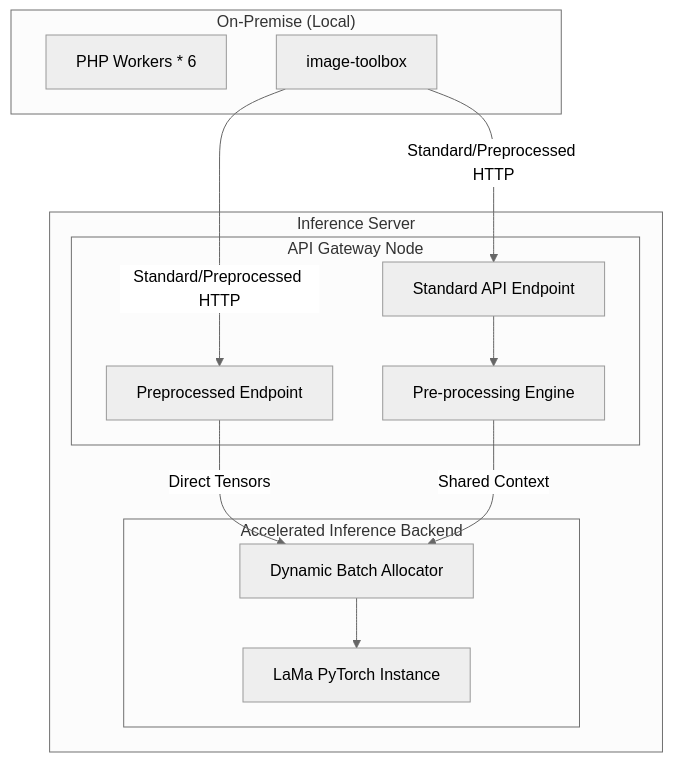
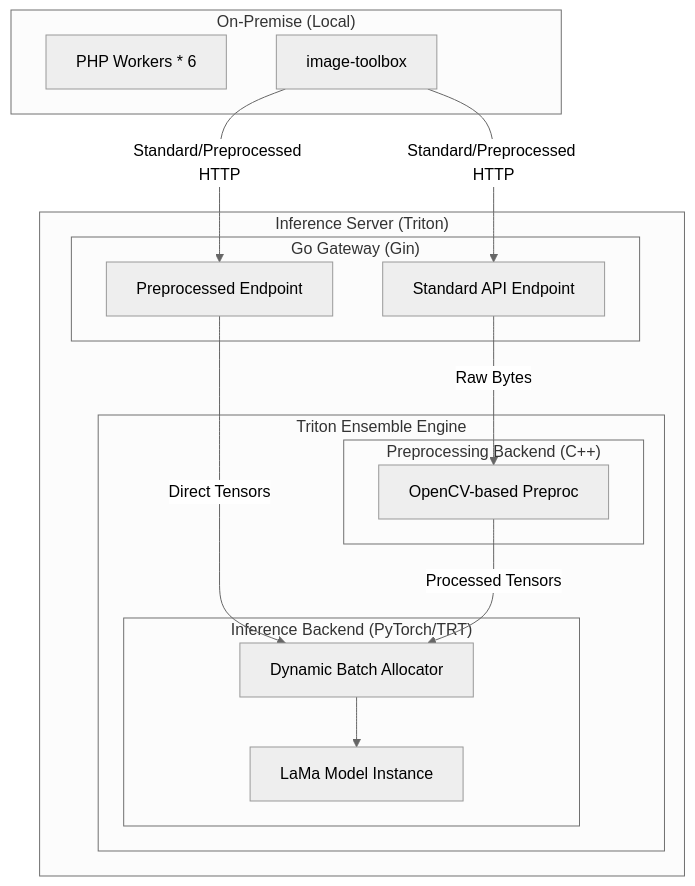
Before and after one commit to firehourse/lama-triton: the diagram in architecture.md, drawn with Mermaid (neutral theme). The commit also changed other lines of this file and 2 other files, not shown here.

Commit message:
docs: update architecture and include api schema documentation

````diff
--- a/architecture.md
+++ b/architecture.md
@@ -13,27 +13,32 @@
 ```mermaid
 graph TD
     subgraph "On-Premise (Local)"
         PHP[PHP Workers * 6]
         TB[image-toolbox]
     end
 
-    subgraph "Inference Server"
-        subgraph "API Gateway Node"
+    subgraph "Inference Server (Triton)"
+        subgraph "Go Gateway (Gin)"
             API[Standard API Endpoint]
             PREAPI[Preprocessed Endpoint]
-            Pre[Pre-processing Engine]
         end
 
-        subgraph "Accelerated Inference Backend"
-            Batcher[Dynamic Batch Allocator]
-            Instance1[LaMa PyTorch Instance]
+        subgraph "Triton Ensemble Engine"
+            subgraph "Preprocessing Backend (C++)"
+                Pre[OpenCV-based Preproc]
+            end
+            
+            subgraph "Inference Backend (PyTorch/TRT)"
+                Batcher[Dynamic Batch Allocator]
+                Instance1[LaMa Model Instance]
+            end
         end
 
-        API --> Pre
+        API -->|Raw Bytes| Pre
         PREAPI -->|Direct Tensors| Batcher
-        Pre -->|Shared Context| Batcher
+        Pre -->|Processed Tensors| Batcher
         Batcher --> Instance1
     end
 
     TB -->|Standard/Preprocessed HTTP| API & PREAPI
 ```
````
